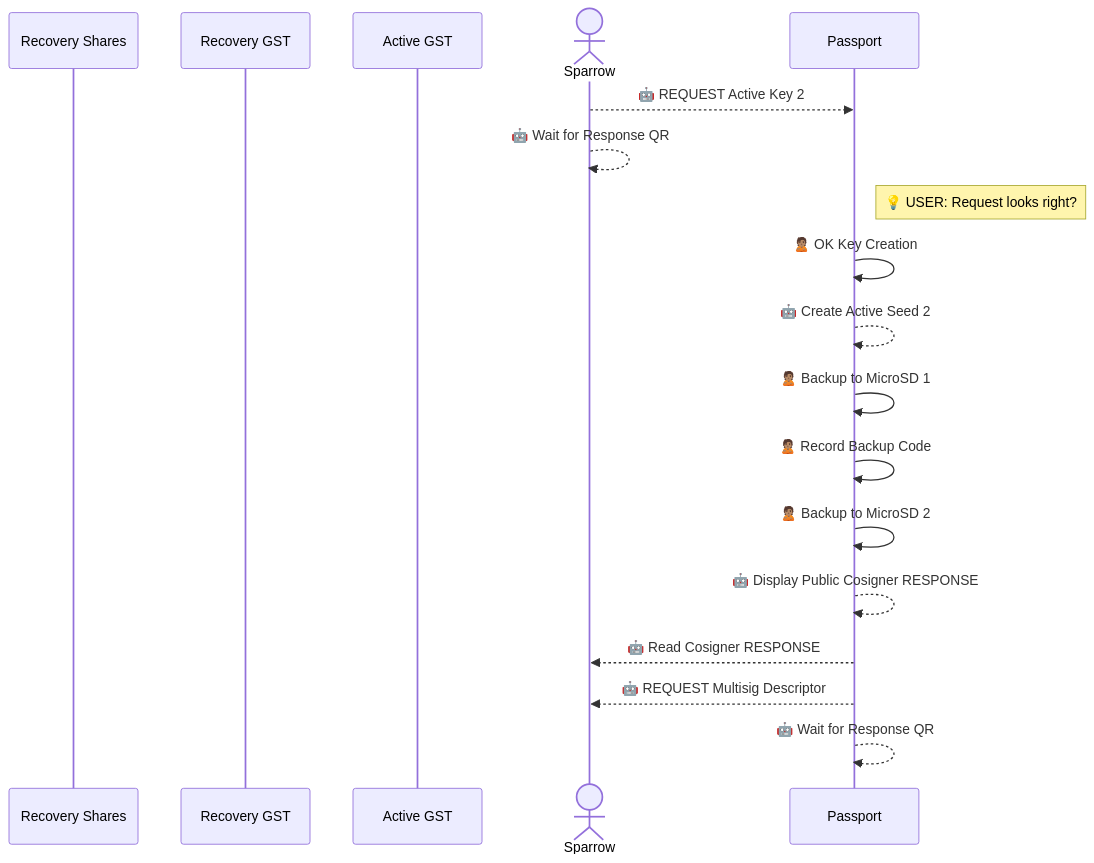
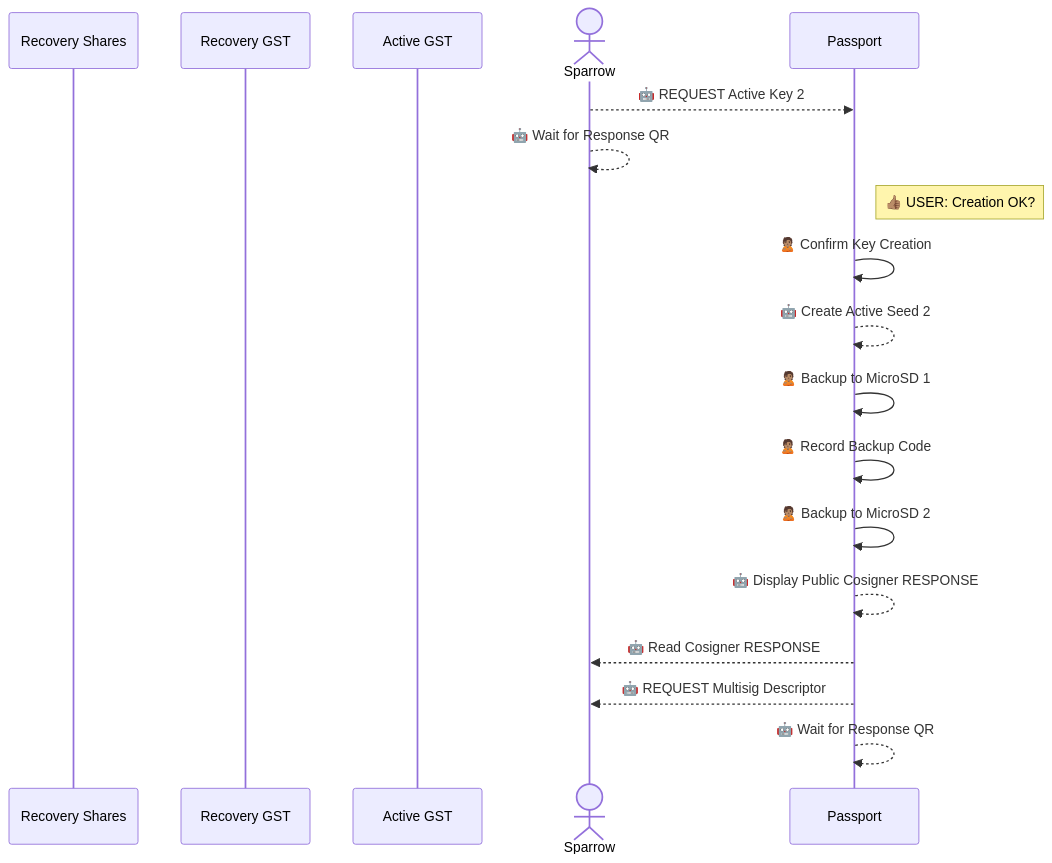
The tenth of 12 diagrams in Docs/Scenario-Multisig-RR.md (BlockchainCommons/SmartCustody), drawn with Mermaid before and after one commit. The commit also changed other lines of this file, not shown here.

````diff
--- a/Docs/Scenario-Multisig-RR.md
+++ b/Docs/Scenario-Multisig-RR.md
@@ -281,21 +283,21 @@
 ```mermaid
 sequenceDiagram
 participant Rs as Recovery Shares
 participant R as Recovery GST
 participant S1 as Active GST
 actor TC as Sparrow
 participant S2 as Passport
 
 TC-->>S2: 🤖 REQUEST Active Key 2
 TC-->>TC: 🤖 Wait for Response QR
-note right of S2: 💡 USER: Request looks right?
-S2->>S2: 🙎🏽 OK Key Creation
+note right of S2: 👍🏽 USER: Creation OK?
+S2->>S2: 🙎🏽 Confirm Key Creation
 S2-->>S2: 🤖 Create Active Seed 2
 S2->>S2: 🙎🏽 Backup to MicroSD 1
 S2->>S2: 🙎🏽 Record Backup Code
 S2->>S2: 🙎🏽 Backup to MicroSD 2
 S2-->>S2: 🤖 Display Public Cosigner RESPONSE
 S2-->>TC: 🤖 Read Cosigner RESPONSE
 S2-->>TC: 🤖 REQUEST Multisig Descriptor
 S2-->>S2: 🤖 Wait for Response QR
 ```
````
